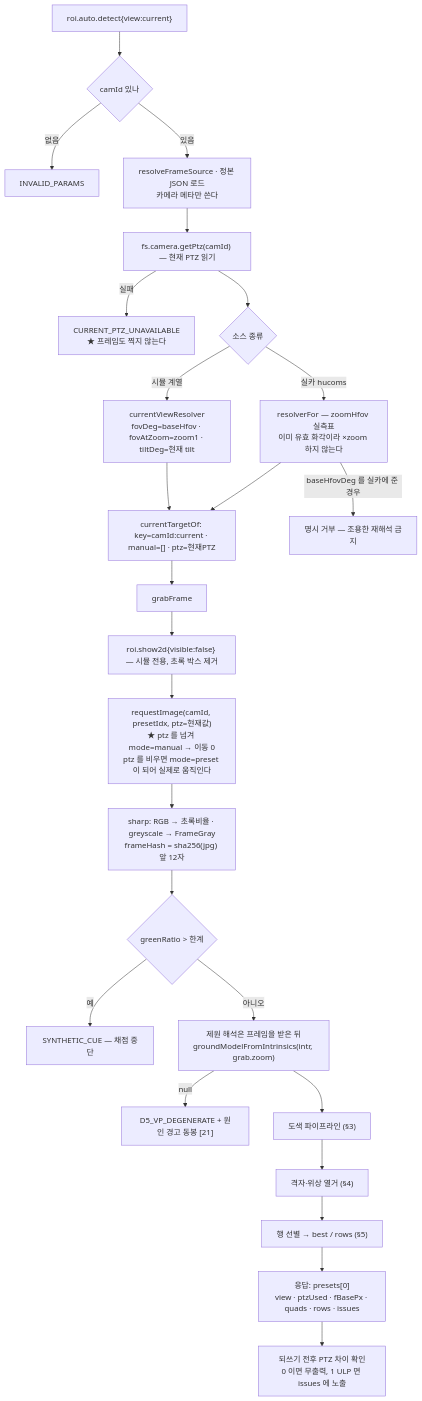
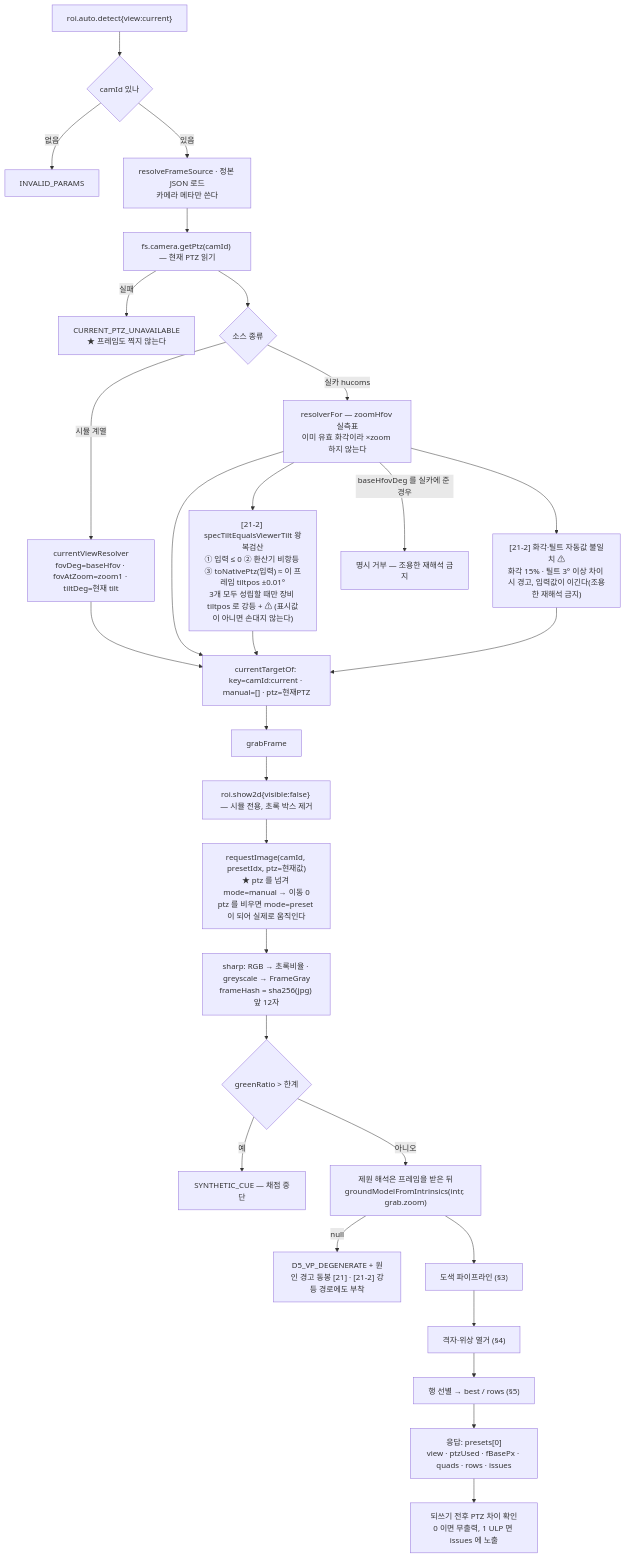
One commit to hebong79/SettingAgent01 changed the second of 7 diagrams in SettingAgent/docs/20260730_154542_주차면자동생성_순서도_20회차방향성.md. Above: the diagram before and after it, drawn with Mermaid. The commit also changed other lines of this file and 2 other files, not shown here.

````diff
--- a/SettingAgent/docs/20260730_154542_주차면자동생성_순서도_20회차방향성.md
+++ b/SettingAgent/docs/20260730_154542_주차면자동생성_순서도_20회차방향성.md
@@ -51,28 +78,32 @@
 ```mermaid
 flowchart TD
     A["roi.auto.detect{view:current}"] --> A1{"camId 있나"}
     A1 -->|"없음"| E1["INVALID_PARAMS"]
     A1 -->|"있음"| A2["resolveFrameSource · 정본 JSON 로드<br/>카메라 메타만 쓴다"]
     A2 --> A3["fs.camera.getPtz(camId) — 현재 PTZ 읽기"]
     A3 -->|"실패"| E2["CURRENT_PTZ_UNAVAILABLE<br/>★ 프레임도 찍지 않는다"]
     A3 --> A4{"소스 종류"}
     A4 -->|"시뮬 계열"| A5["currentViewResolver<br/>fovDeg=baseHfov · fovAtZoom=zoom1 · tiltDeg=현재 tilt"]
     A4 -->|"실카 hucoms"| A6["resolverFor — zoomHfov 실측표<br/>이미 유효 화각이라 ×zoom 하지 않는다"]
+    A6 --> A6T["[21-2] specTiltEqualsViewerTilt 왕복검산<br/>① 입력 ≤ 0 ② 환산기 비항등 ③ toNativePtz(입력) ≈ 이 프레임 tiltpos ±0.01°<br/>3개 모두 성립할 때만 장비 tiltpos 로 강등 + ⚠ (표시값이 아니면 손대지 않는다)"]
+    A6 --> A6H["[21-2] 화각·틸트 자동값 불일치 ⚠<br/>화각 15% · 틸트 3° 이상 차이 시 경고, 입력값이 이긴다(조용한 재해석 금지)"]
     A5 --> A7
     A6 --> A7["currentTargetOf: key=camId:current · manual=[] · ptz=현재PTZ"]
+    A6T --> A7
+    A6H --> A7
     A6 -->|"baseHfovDeg 를 실카에 준 경우"| E3["명시 거부 — 조용한 재해석 금지"]
 
     A7 --> F1["grabFrame"]
     F1 --> F2["roi.show2d{visible:false} — 시뮬 전용, 초록 박스 제거"]
     F2 --> F3["requestImage(camId, presetIdx, ptz=현재값)<br/>★ ptz 를 넘겨 mode=manual → 이동 0<br/>ptz 를 비우면 mode=preset 이 되어 실제로 움직인다"]
     F3 --> F4["sharp: RGB → 초록비율 · greyscale → FrameGray<br/>frameHash = sha256(jpg) 앞 12자"]
     F4 --> F5{"greenRatio > 한계"}
     F5 -->|"예"| E4["SYNTHETIC_CUE — 채점 중단"]
     F5 -->|"아니오"| M1["제원 해석은 프레임을 받은 뒤<br/>groundModelFromIntrinsics(intr, grab.zoom)"]
-    M1 -->|"null"| E5["D5_VP_DEGENERATE + 원인 경고 동봉 [21]"]
+    M1 -->|"null"| E5["D5_VP_DEGENERATE + 원인 경고 동봉 [21] · [21-2] 강등 경로에도 부착"]
     M1 --> P1["도색 파이프라인 (§3)"]
     P1 --> P2["격자·위상 열거 (§4)"]
     P2 --> P3["행 선별 → best / rows (§5)"]
     P3 --> OUT["응답: presets[0]<br/>view · ptzUsed · fBasePx · quads · rows · issues"]
     OUT --> CHK["되쓰기 전후 PTZ 차이 확인<br/>0 이면 무출력, 1 ULP 면 issues 에 노출"]
 ```
````
